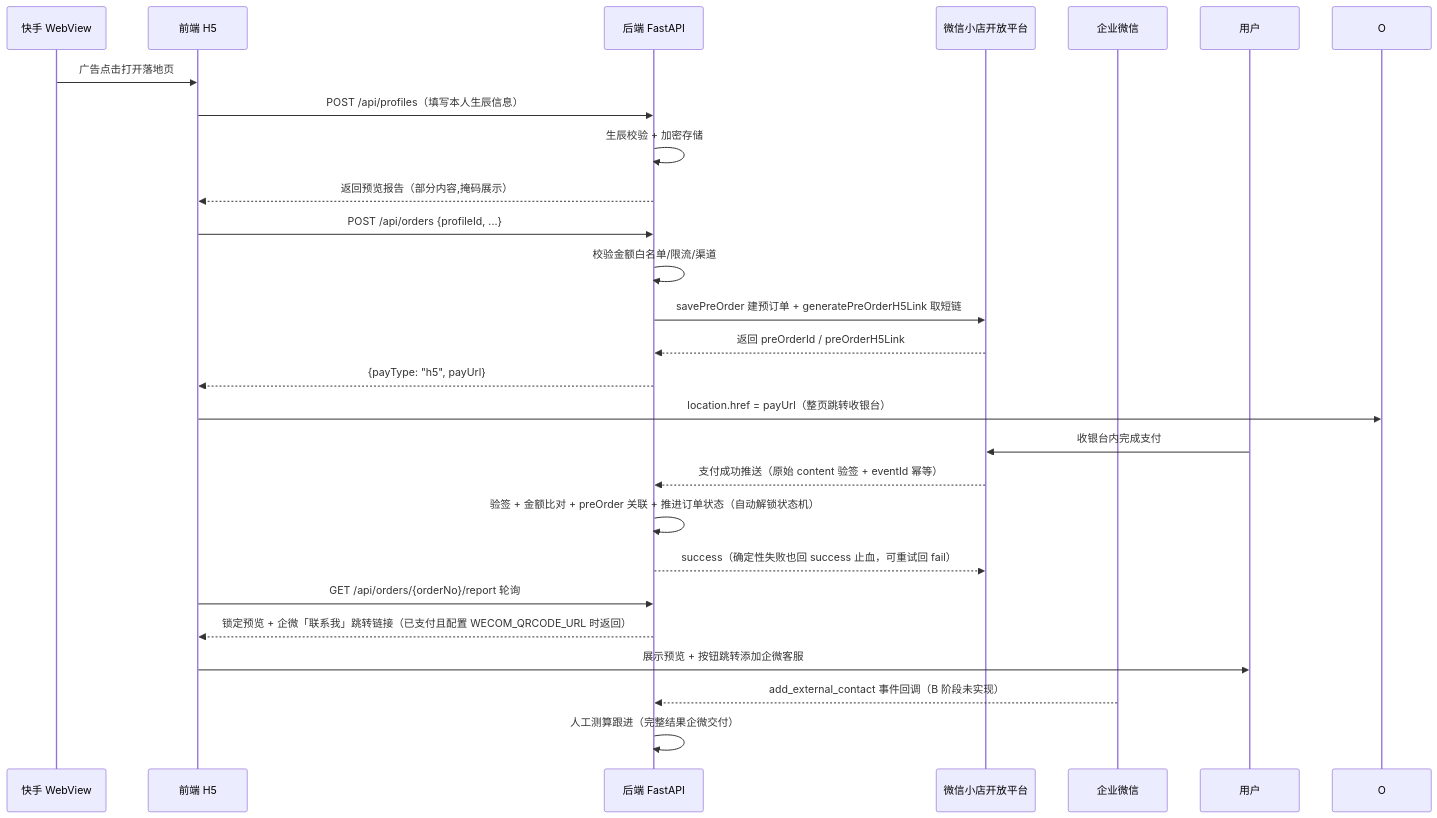
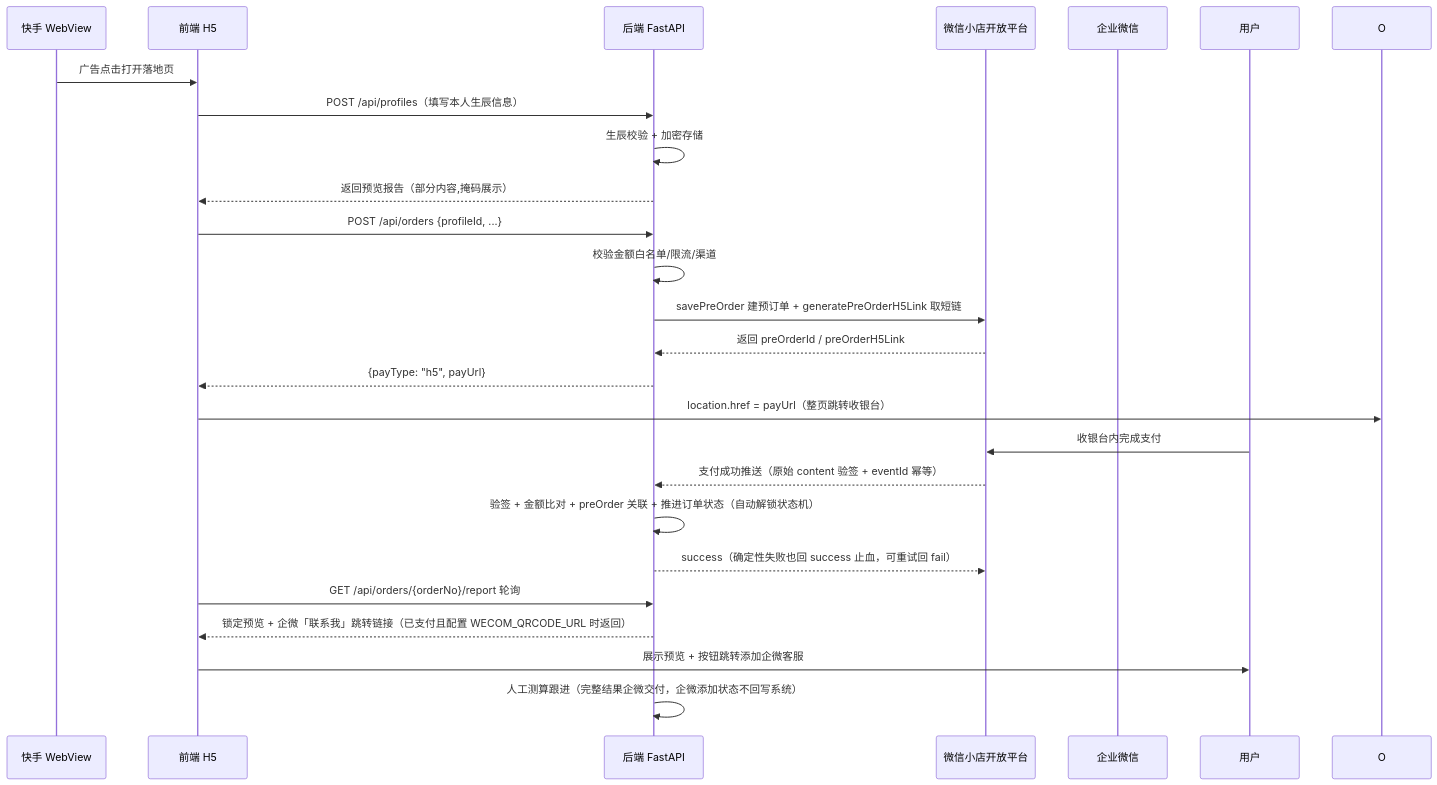
The third of 5 diagrams in doc/开发文档.md (LiquorXR/yycs), drawn with Mermaid before and after one commit. The commit also changed other lines of this file and 10 other files, not shown here.

````diff
--- a/doc/开发文档.md
+++ b/doc/开发文档.md
@@ -81,29 +80,28 @@
 ```mermaid
 sequenceDiagram
     participant K as 快手 WebView
     participant F as 前端 H5
     participant B as 后端 FastAPI
     participant W as 微信小店开放平台
     participant Q as 企业微信
     participant UX as 用户
 
     K->>F: 广告点击打开落地页
     F->>B: POST /api/profiles（填写本人生辰信息）
     B->>B: 生辰校验 + 加密存储
     B-->>F: 返回预览报告（部分内容,掩码展示）
     F->>B: POST /api/orders {profileId, ...}
     B->>B: 校验金额白名单/限流/渠道
     B->>W: savePreOrder 建预订单 + generatePreOrderH5Link 取短链
     W-->>B: 返回 preOrderId / preOrderH5Link
     B-->>F: {payType: "h5", payUrl}
     F->>O: location.href = payUrl（整页跳转收银台）
     UX->>W: 收银台内完成支付
     W-->>B: 支付成功推送（原始 content 验签 + eventId 幂等）
     B->>B: 验签 + 金额比对 + preOrder 关联 + 推进订单状态（自动解锁状态机）
     B-->>W: success（确定性失败也回 success 止血，可重试回 fail）
     F->>B: GET /api/orders/{orderNo}/report 轮询
     B-->>F: 锁定预览 + 企微「联系我」跳转链接（已支付且配置 WECOM_QRCODE_URL 时返回）
     F->>UX: 展示预览 + 按钮跳转添加企微客服
-    Q-->>B: add_external_contact 事件回调（B 阶段未实现）
-    B->>B: 人工测算跟进（完整结果企微交付）
+    B->>B: 人工测算跟进（完整结果企微交付，企微添加状态不回写系统）
 ```
````
